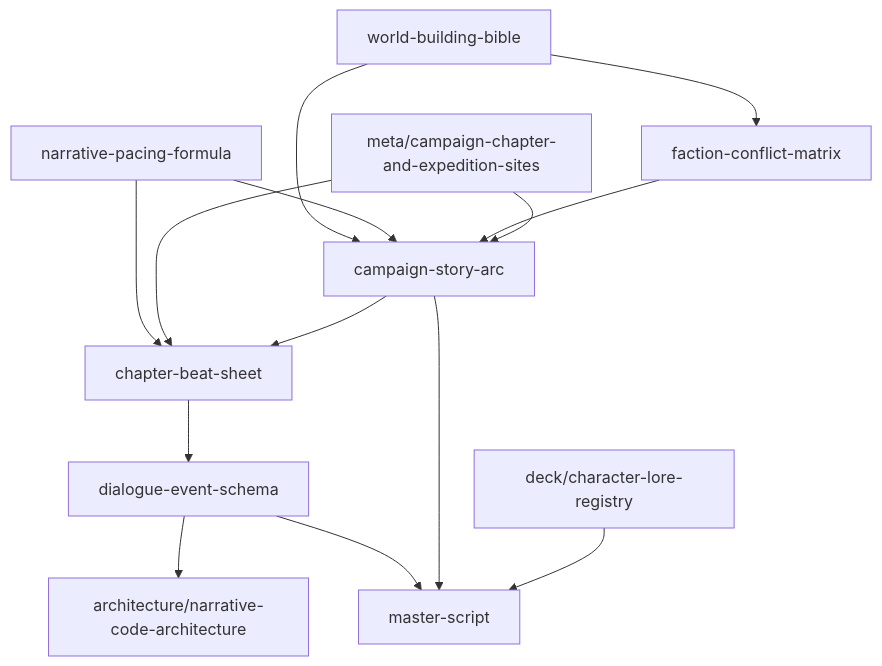
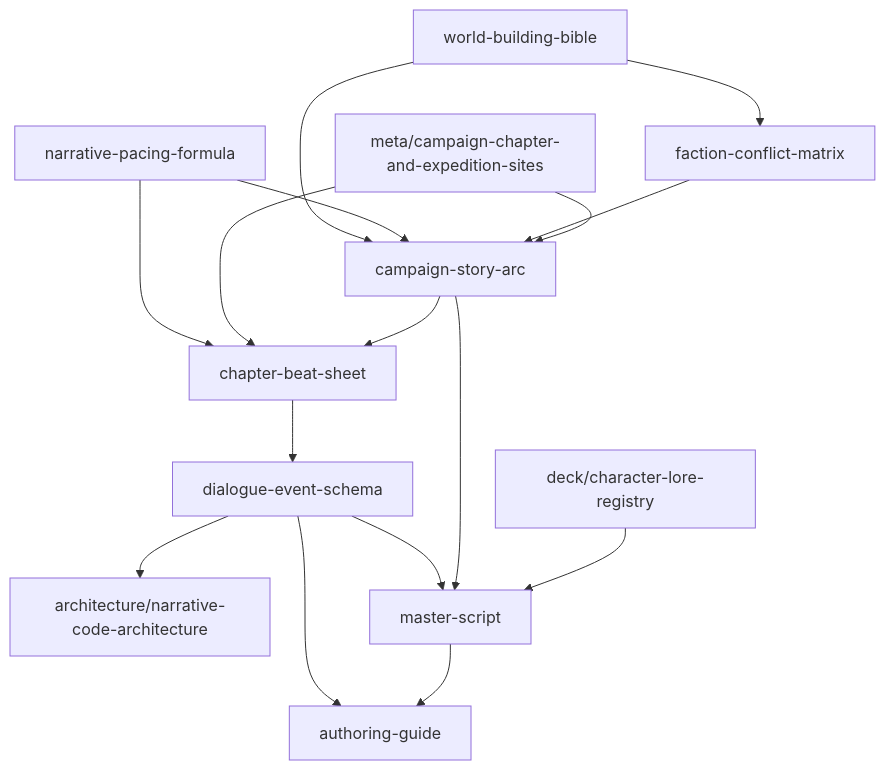
The diagram in docs/02_design/narrative/index.md (var-gg/survival-manager), drawn with Mermaid before and after one commit. The commit also changed other lines of this file and 6 other files, not shown here.

````diff
--- a/docs/02_design/narrative/index.md
+++ b/docs/02_design/narrative/index.md
@@ -34,16 +35,18 @@
 ```mermaid
 flowchart TD
     world[world-building-bible] --> conflict[faction-conflict-matrix]
     world --> arc[campaign-story-arc]
     pacing[narrative-pacing-formula] --> arc
     pacing --> beat[chapter-beat-sheet]
     conflict --> arc
     meta_campaign[meta/campaign-chapter-and-expedition-sites] --> arc
     meta_campaign --> beat
     arc --> beat
     beat --> schema[dialogue-event-schema]
     schema --> code[architecture/narrative-code-architecture]
     schema --> script[master-script]
+    schema --> guide[authoring-guide]
     arc --> script
     deck_lore[deck/character-lore-registry] --> script
+    script --> guide
 ```
````
